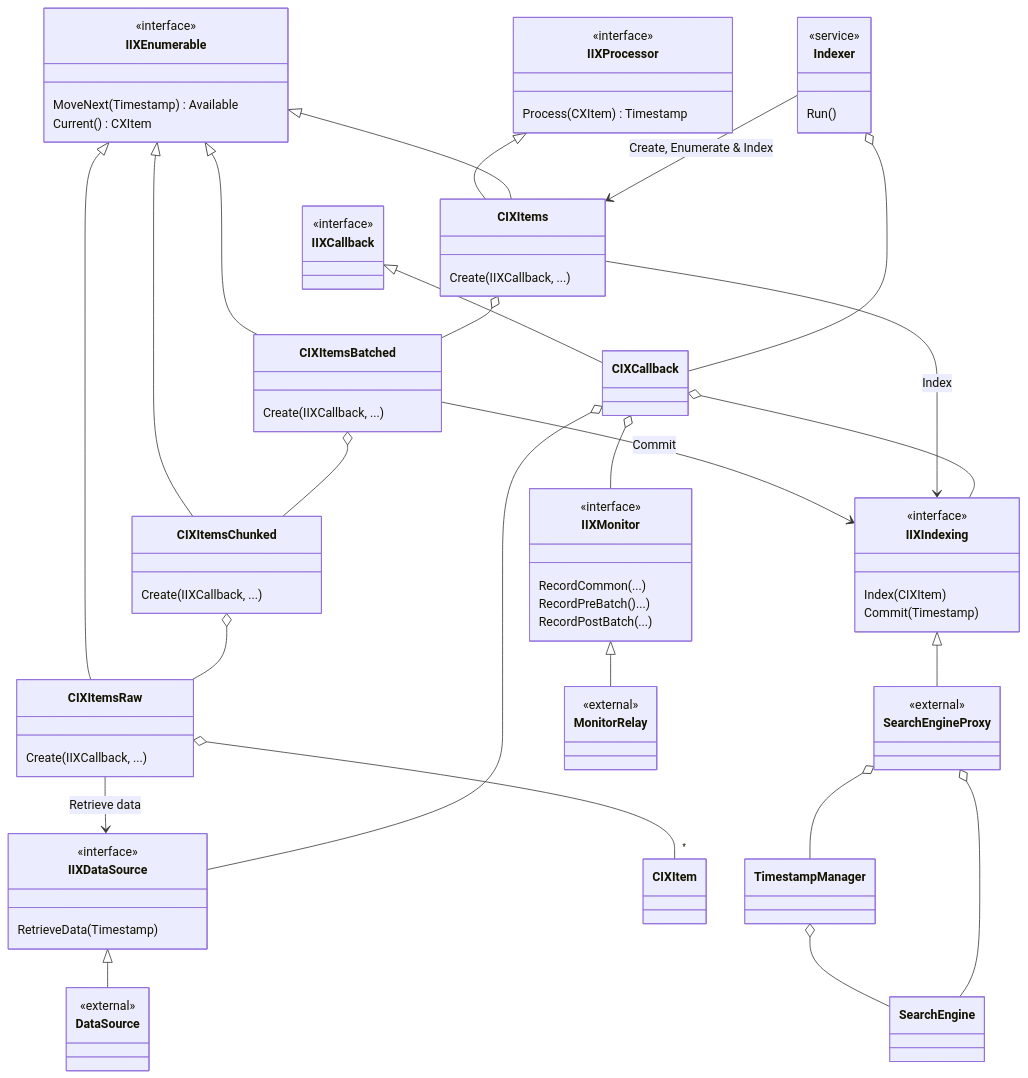
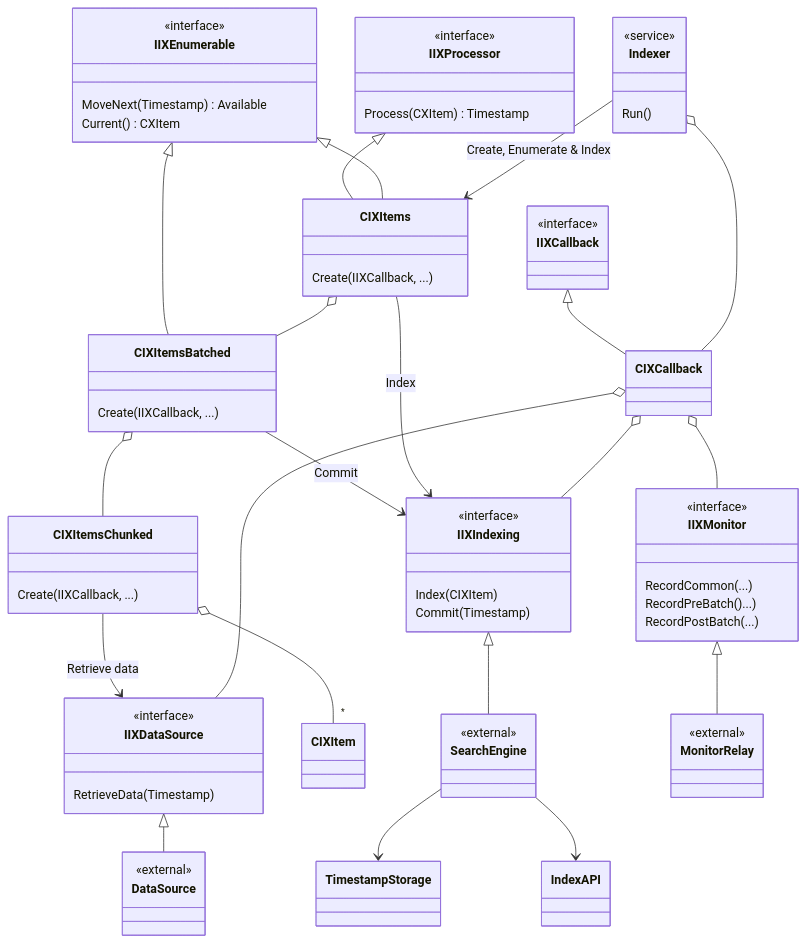
Before and after one commit to lightcaurby/Code-IXSample: the diagram in README.md, drawn with Mermaid. The commit also changed 1 other file, not shown here.

Commit message:
Refactored a bit.

````diff
--- a/README.md
+++ b/README.md
@@ -1,84 +1,80 @@
 ```mermaid
 classDiagram
 
 class IIXEnumerable
 <<interface>> IIXEnumerable
 IIXEnumerable : MoveNext( Timestamp ) Available
 IIXEnumerable : Current() CXItem
 
 class IIXProcessor
 <<interface>> IIXProcessor
 IIXProcessor : Process( CXItem) Timestamp
 
 class IIXDataSource
 <<interface>> IIXDataSource
 IIXDataSource : RetrieveData(Timestamp) 
 
 class IIXCallback
 <<interface>> IIXCallback
 
 IIXProcessor <|-- CIXItems
 IIXEnumerable <|-- CIXItems
 IIXEnumerable <|-- CIXItemsBatched
-IIXEnumerable <|-- CIXItemsChunked
-IIXEnumerable <|-- CIXItemsRaw
 
 CIXItems o-- CIXItemsBatched
 CIXItemsBatched o-- CIXItemsChunked
-CIXItemsChunked o-- CIXItemsRaw
-CIXItemsRaw o-- "*" CIXItem
+CIXItemsChunked o-- "*" CIXItem
 
 CIXItems : Create( IIXCallback, ...)
 CIXItemsBatched : Create( IIXCallback, ...)
 CIXItemsChunked : Create( IIXCallback, ...)
-CIXItemsRaw : Create( IIXCallback, ...)
 
 class DataSource
 <<external>> DataSource
 IIXDataSource <|-- DataSource
+
 
 class IIXIndexing 
 <<interface>> IIXIndexing
 IIXIndexing : Index(CIXItem)
 IIXIndexing : Commit(Timestamp)
 
-class SearchEngineProxy
-<<external>> SearchEngineProxy
-IIXIndexing <|-- SearchEngineProxy
+class SearchEngine
+<<external>> SearchEngine
+IIXIndexing <|-- SearchEngine
 
-SearchEngineProxy o-- TimestampManager
-TimestampManager o-- SearchEngine
-SearchEngineProxy o-- SearchEngine
+SearchEngine --> TimestampStorage
+SearchEngine --> Index API
 
 class IIXMonitor
 <<interface>> IIXMonitor
 IIXMonitor : RecordCommon(...)
 IIXMonitor : RecordPreBatch()...)
 IIXMonitor : RecordPostBatch(...)
 
 class MonitorRelay
 <<external>> MonitorRelay
 IIXMonitor <|-- MonitorRelay
 
-CIXItemsRaw --> IIXDataSource : Retrieve data
+CIXItemsChunked --> IIXDataSource : Retrieve data
 CIXItemsBatched --> IIXIndexing : Commit
 CIXItems --> IIXIndexing : Index
 
 IIXCallback <|-- CIXCallback
 CIXCallback o-- IIXDataSource
 CIXCallback o-- IIXIndexing
 CIXCallback o-- IIXMonitor
 
 %%CIXItems o-- IIXCallback
 %%CIXItemsBatched o-- IIXCallback
 %%CIXItemsChunked o-- IIXCallback
 
 class Indexer
 <<service>> Indexer
 
 Indexer --> CIXItems : Create, Enumerate & Index
 Indexer : Run()
 Indexer o-- CIXCallback
 
 
 ```
````
